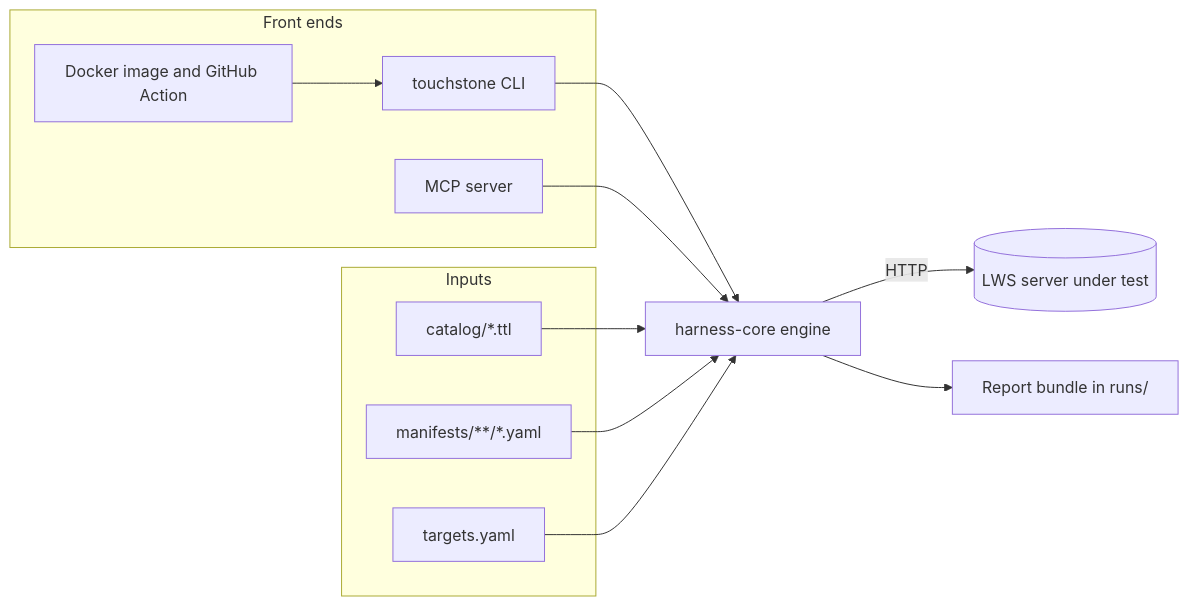
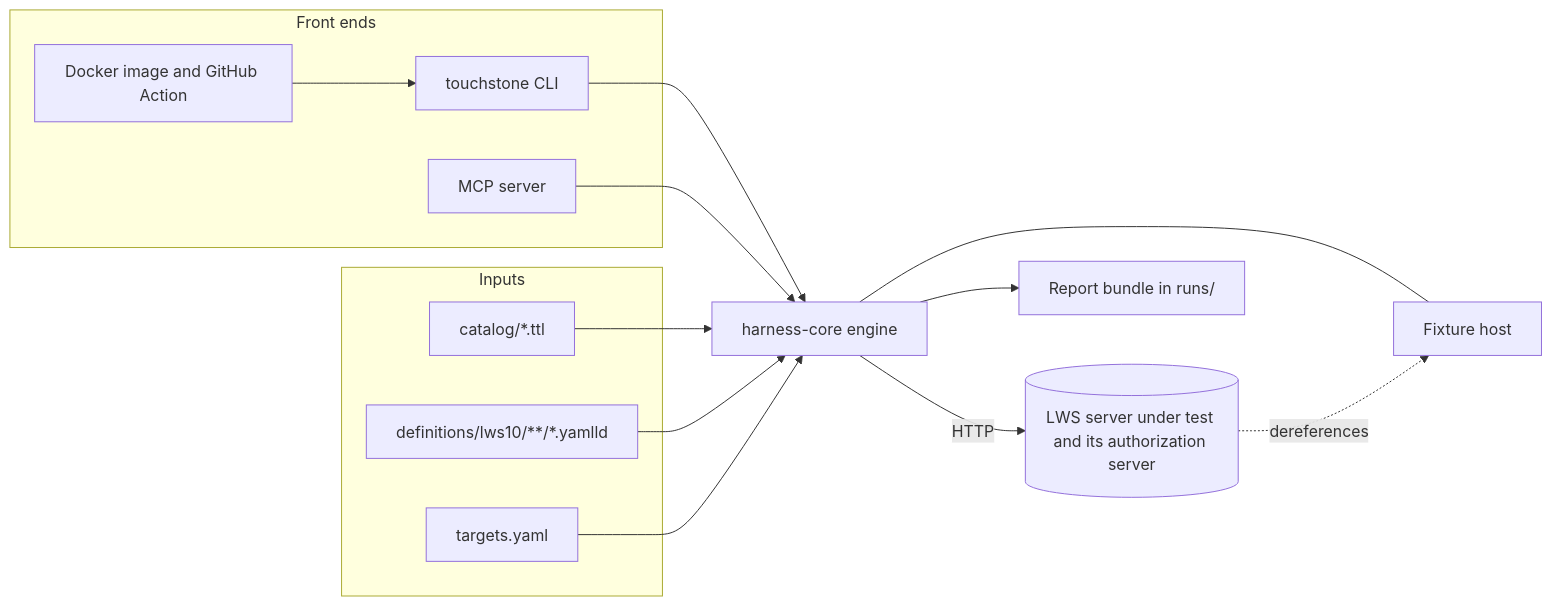
One commit to ebremer/touchstone changed the first of 2 diagrams in docs/how-it-works.md. Above: the diagram before and after it, drawn with Mermaid. The commit also changed other lines of this file and 20 other files, not shown here.

````diff
--- a/docs/how-it-works.md
+++ b/docs/how-it-works.md
@@ -34,24 +33,27 @@
 ```mermaid
 flowchart LR
     subgraph inputs[Inputs]
         CAT[catalog/*.ttl]
-        MAN[manifests/**/*.yaml]
+        DEF[definitions/lws10/**/*.yamlld]
         REG[targets.yaml]
     end
     subgraph fronts[Front ends]
         CLI[touchstone CLI]
         CI[Docker image and GitHub Action]
         MCP[MCP server]
     end
     CORE[harness-core engine]
-    SUT[(LWS server under test)]
+    SUT[(LWS server under test and its authorization server)]
+    FIX[Fixture host]
     OUT[Report bundle in runs/]
     CI --> CLI
     CLI --> CORE
     MCP --> CORE
     CAT --> CORE
-    MAN --> CORE
+    DEF --> CORE
     REG --> CORE
     CORE -->|HTTP| SUT
+    CORE --- FIX
+    SUT -.->|dereferences| FIX
     CORE --> OUT
 ```
````
